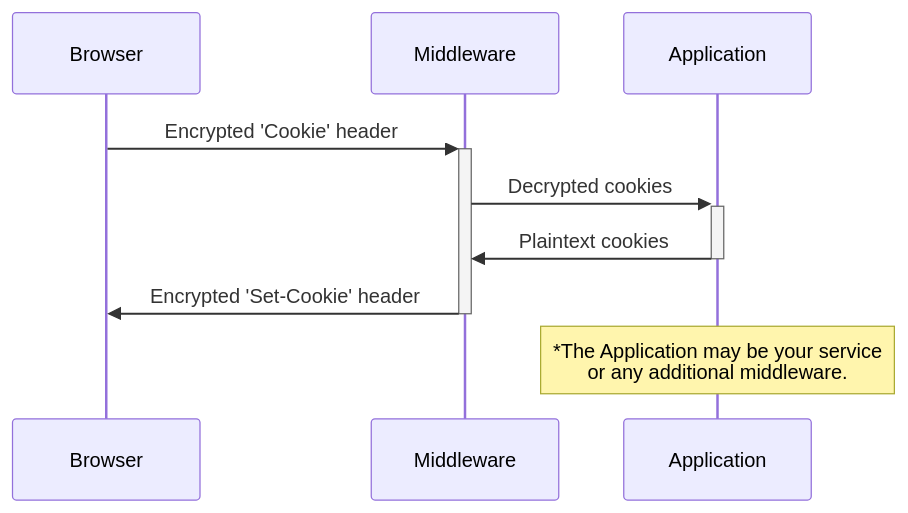
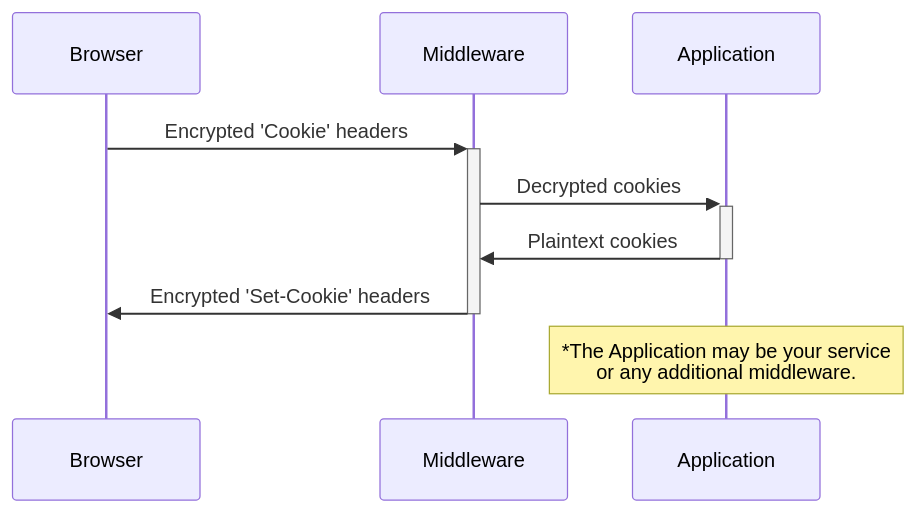
Before and after one commit to thearchitector/starlette-securecookies: the diagram in README.md, drawn with Mermaid. The commit also changed other lines of this file and 6 other files, not shown here.

````diff
--- a/README.md
+++ b/README.md
@@ -14,8 +14,8 @@
 ```mermaid
 sequenceDiagram
-    Browser->>+Middleware: Encrypted 'Cookie' header
+    Browser->>+Middleware: Encrypted 'Cookie' headers
     Middleware->>+Application: Decrypted cookies
     Application->>-Middleware: Plaintext cookies
-    Middleware->>-Browser: Encrypted 'Set-Cookie' header
+    Middleware->>-Browser: Encrypted 'Set-Cookie' headers
     Note over Application: *The Application may be your service<br />or any additional middleware.
 ```
````
